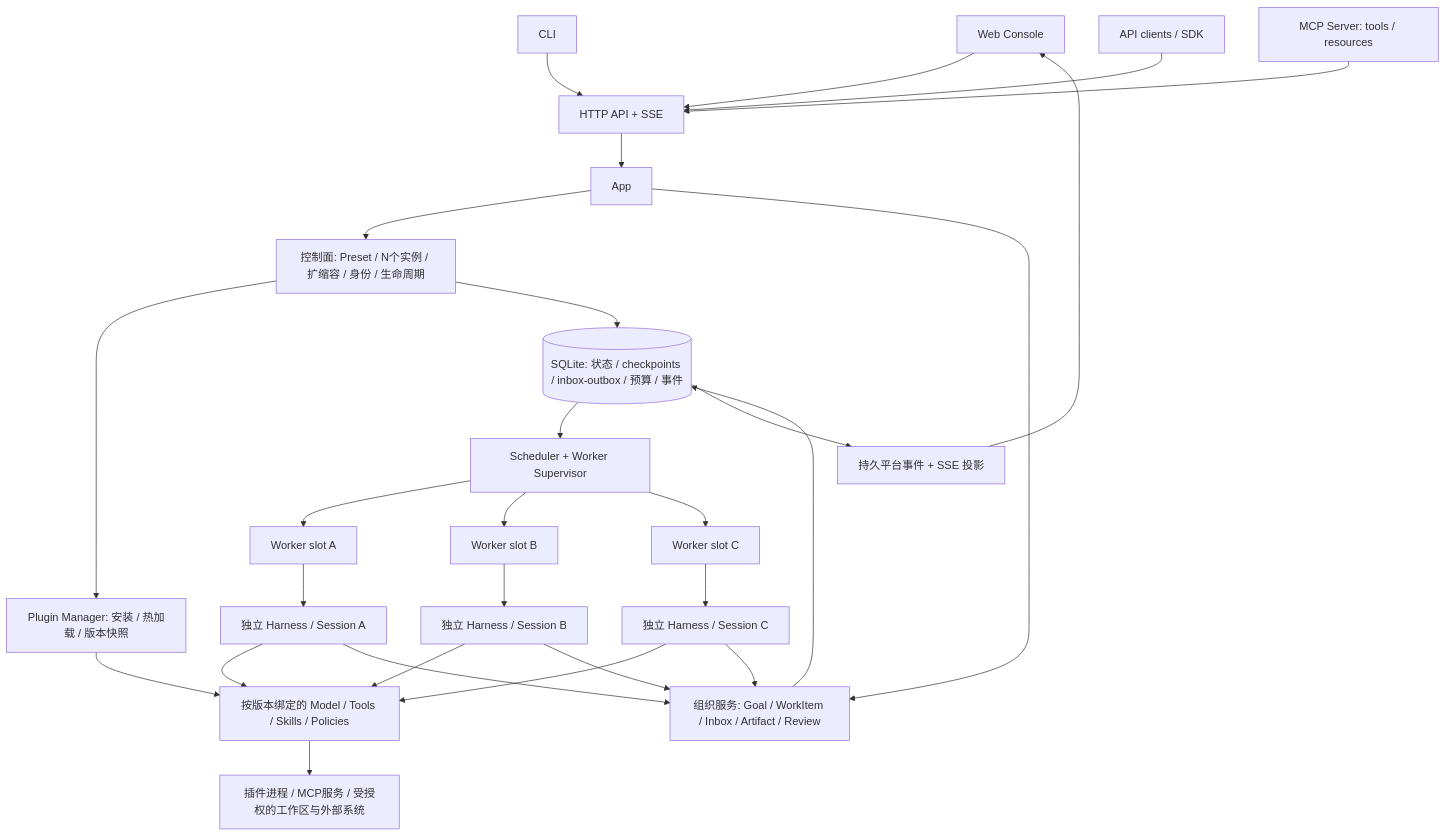
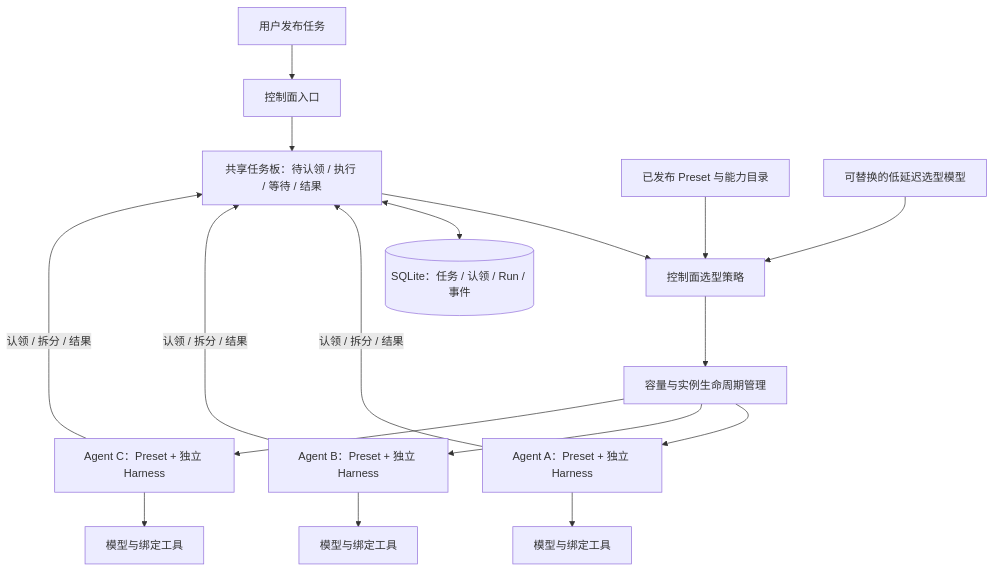
Before and after one commit to NeoPanic/harness3: the first of 2 diagrams in docs/managed-agents.zh-CN.md, drawn with Mermaid. The commit also changed other lines of this file and 39 other files, not shown here.

````diff
--- a/docs/managed-agents.zh-CN.md
+++ b/docs/managed-agents.zh-CN.md
@@ -54,30 +56,19 @@
 ```mermaid
 flowchart TB
-    Web[Web Console] --> HTTP[HTTP API + SSE]
-    CLI[CLI] --> HTTP[HTTP API + SSE]
-    SDK[API clients / SDK] --> HTTP
-    MCP[MCP Server: tools / resources] --> HTTP
-    HTTP --> App
-    App --> Control[控制面: Preset / N个实例 / 扩缩容 / 身份 / 生命周期]
-    Control --> Plugins[Plugin Manager: 安装 / 热加载 / 版本快照]
-    App --> Org[组织服务: Goal / WorkItem / Inbox / Artifact / Review]
-    Control --> DB[(SQLite: 状态 / checkpoints / inbox-outbox / 预算 / 事件)]
-    Org --> DB
-    DB --> Scheduler[Scheduler + Worker Supervisor]
-    Scheduler --> WA[Worker slot A]
-    Scheduler --> WB[Worker slot B]
-    Scheduler --> WC[Worker slot C]
-    WA --> HA[独立 Harness / Session A]
-    WB --> HB[独立 Harness / Session B]
-    WC --> HC[独立 Harness / Session C]
-    HA --> Caps[按版本绑定的 Model / Tools / Skills / Policies]
-    HB --> Caps
-    HC --> Caps
-    HA --> Org
-    HB --> Org
-    HC --> Org
-    Plugins --> Caps
-    Caps --> Env[插件进程 / MCP服务 / 受授权的工作区与外部系统]
-    DB --> Events[持久平台事件 + SSE 投影]
-    Events --> Web
+    User[用户发布任务] --> API[控制面入口]
+    API --> Board[共享任务板：待认领 / 执行 / 等待 / 结果]
+    Board --> Router[控制面选型策略]
+    Catalog[已发布 Preset 与能力目录] --> Router
+    Model[可替换的低延迟选型模型] --> Router
+    Router --> Lifecycle[容量与实例生命周期管理]
+    Lifecycle --> A[Agent A：Preset + 独立 Harness]
+    Lifecycle --> B[Agent B：Preset + 独立 Harness]
+    Lifecycle --> C[Agent C：Preset + 独立 Harness]
+    A -->|认领 / 拆分 / 结果| Board
+    B -->|认领 / 拆分 / 结果| Board
+    C -->|认领 / 拆分 / 结果| Board
+    Board <--> DB[(SQLite：任务 / 认领 / Run / 事件)]
+    A --> CapA[模型与绑定工具]
+    B --> CapB[模型与绑定工具]
+    C --> CapC[模型与绑定工具]
 ```
````
